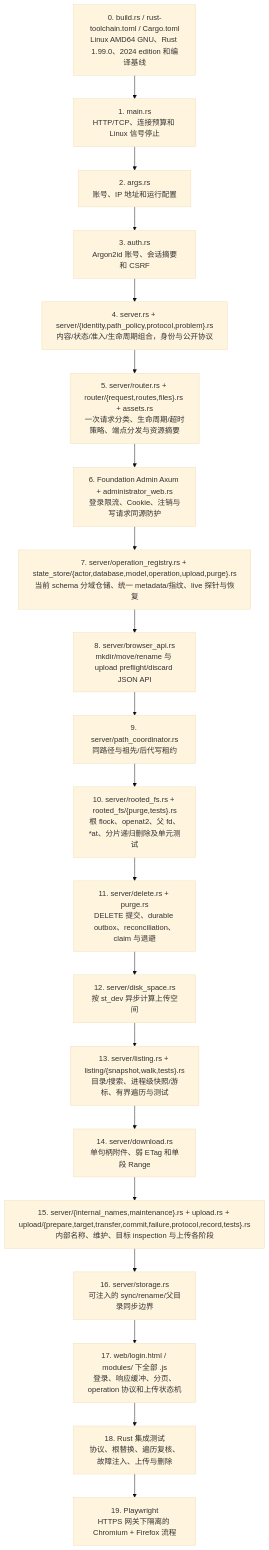
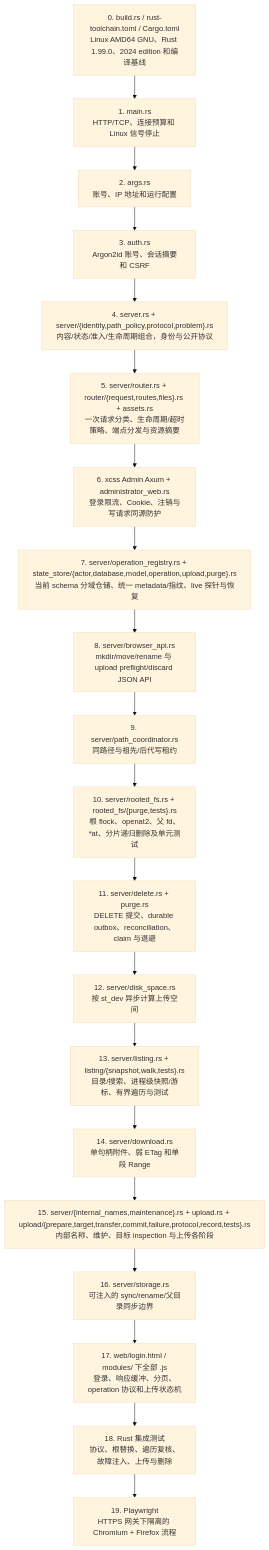
Before and after one commit to isarmg/dufs-ram-server: diagram 16 of 17 in docs/project-workflow.md, drawn with Mermaid (base theme). The commit also changed other lines of this file and 186 other files, not shown here.

````diff
--- a/docs/project-workflow.md
+++ b/docs/project-workflow.md
@@ -784,22 +784,22 @@
 ```mermaid
 flowchart TD
     T["0. build.rs / rust-toolchain.toml / Cargo.toml<br/>Linux AMD64 GNU、Rust 1.99.0、2024 edition 和编译基线"] --> A["1. main.rs<br/>HTTP/TCP、连接预算和 Linux 信号停止"]
     A --> B["2. args.rs<br/>账号、IP 地址和运行配置"]
     B --> C["3. auth.rs<br/>Argon2id 账号、会话摘要和 CSRF"]
     C --> D["4. server.rs + server/{identity,path_policy,protocol,problem}.rs<br/>内容/状态/准入/生命周期组合，身份与公开协议"]
     D --> R["5. server/router.rs + router/{request,routes,files}.rs + assets.rs<br/>一次请求分类、生命周期/超时策略、端点分发与资源摘要"]
-    R --> G["6. Foundation Admin Axum + administrator_web.rs<br/>登录限流、Cookie、注销与写请求同源防护"]
+    R --> G["6. xcss Admin Axum + administrator_web.rs<br/>登录限流、Cookie、注销与写请求同源防护"]
     G --> OP["7. server/operation_registry.rs + state_store/{actor,database,model,operation,upload,purge}.rs<br/>当前 schema 分域仓储、统一 metadata/指纹、live 探针与恢复"]
     OP --> H["8. server/browser_api.rs<br/>mkdir/move/rename 与 upload preflight/discard JSON API"]
     H --> E["9. server/path_coordinator.rs<br/>同路径与祖先/后代写租约"]
     E --> F["10. server/rooted_fs.rs + rooted_fs/{purge,tests}.rs<br/>根 flock、openat2、父 fd、*at、分片递归删除及单元测试"]
     F --> P["11. server/delete.rs + purge.rs<br/>DELETE 提交、durable outbox、reconciliation、claim 与退避"]
     P --> DS["12. server/disk_space.rs<br/>按 st_dev 异步计算上传空间"]
     DS --> I["13. server/listing.rs + listing/{snapshot,walk,tests}.rs<br/>目录/搜索、进程级快照/游标、有界遍历与测试"]
     I --> J["14. server/download.rs<br/>单句柄附件、弱 ETag 和单段 Range"]
     J --> K["15. server/{internal_names,maintenance}.rs + upload.rs + upload/{prepare,target,transfer,commit,failure,protocol,record,tests}.rs<br/>内部名称、维护、目标 inspection 与上传各阶段"]
     K --> L["16. server/storage.rs<br/>可注入的 sync/rename/父目录同步边界"]
     L --> M["17. web/login.html / modules/ 下全部 .js<br/>登录、响应缓冲、分页、operation 协议和上传状态机"]
     M --> N["18. Rust 集成测试<br/>协议、根替换、遍历复核、故障注入、上传与删除"]
     N --> O["19. Playwright<br/>HTTPS 网关下隔离的 Chromium + Firefox 流程"]
 ```
````
